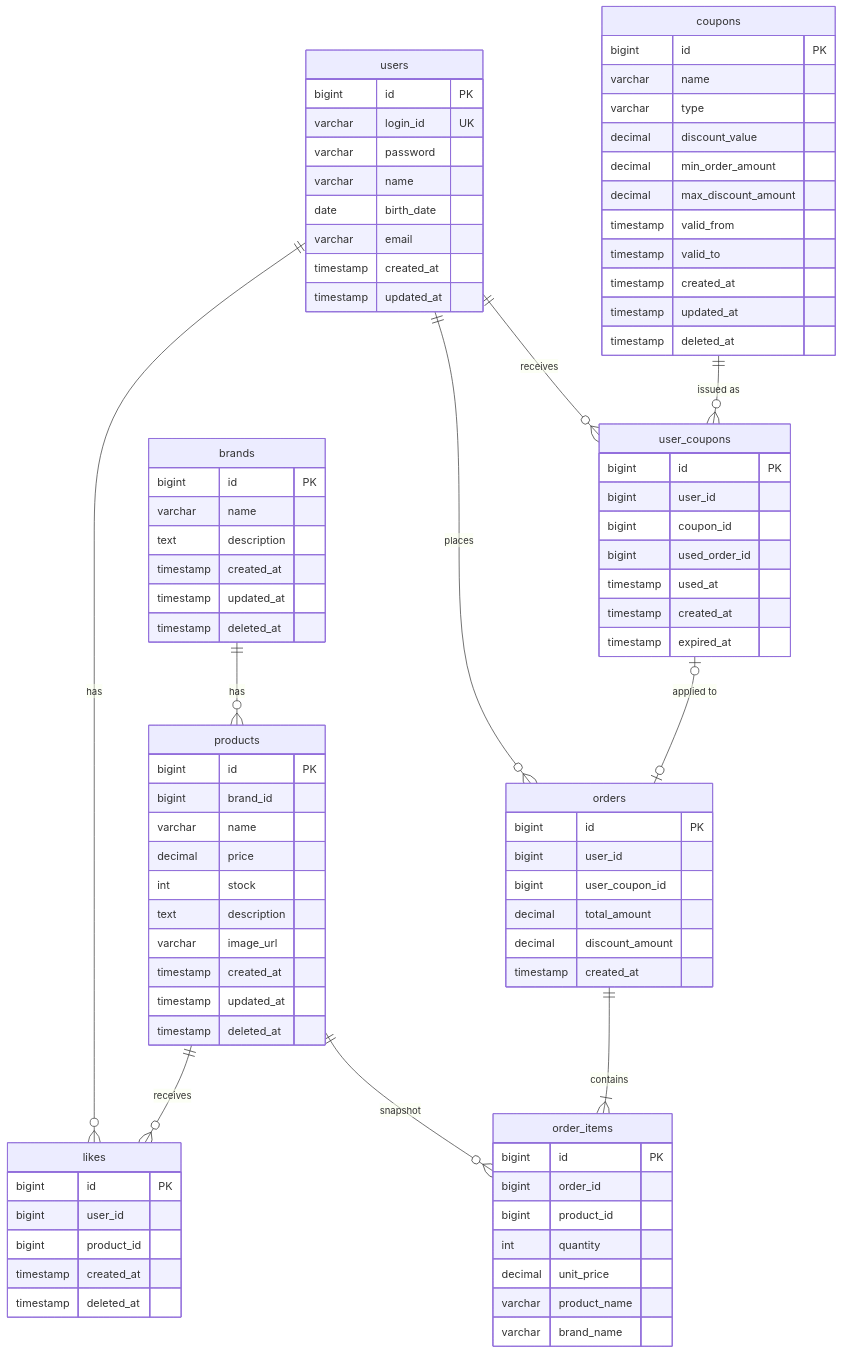
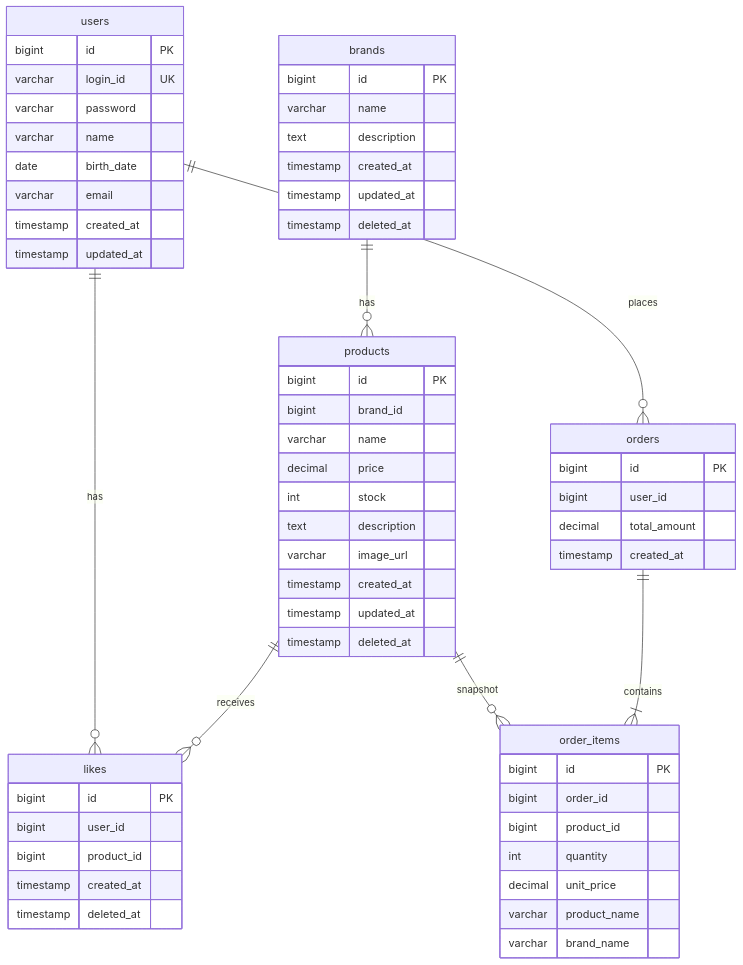
One commit to Loopers-dev-lab/loop-pack-be-l2-vol3-kotlin changed the diagram in docs/design/04-erd.md. Above: the diagram before and after it, drawn with Mermaid. The commit also changed other lines of this file and 3 other files, not shown here.

```diff
--- a/docs/design/04-erd.md
+++ b/docs/design/04-erd.md
@@ -22,13 +22,10 @@
 erDiagram
     users ||--o{ likes : "has"
     users ||--o{ orders : "places"
-    users ||--o{ user_coupons : "receives"
     brands ||--o{ products : "has"
     products ||--o{ likes : "receives"
     products ||--o{ order_items : "snapshot"
     orders ||--|{ order_items : "contains"
-    coupons ||--o{ user_coupons : "issued as"
-    user_coupons |o--o| orders : "applied to"
 
     users {
         bigint id PK
@@ -71,36 +68,10 @@
         timestamp deleted_at
     }
 
-    coupons {
-        bigint id PK
-        varchar name
-        varchar type
-        decimal discount_value
-        decimal min_order_amount
-        decimal max_discount_amount
-        timestamp valid_from
-        timestamp valid_to
-        timestamp created_at
-        timestamp updated_at
-        timestamp deleted_at
-    }
-
-    user_coupons {
-        bigint id PK
-        bigint user_id
-        bigint coupon_id
-        bigint used_order_id
-        timestamp used_at
-        timestamp created_at
-        timestamp expired_at
-    }
-
     orders {
         bigint id PK
         bigint user_id
-        bigint user_coupon_id
         decimal total_amount
-        decimal discount_amount
         timestamp created_at
     }
 
```
